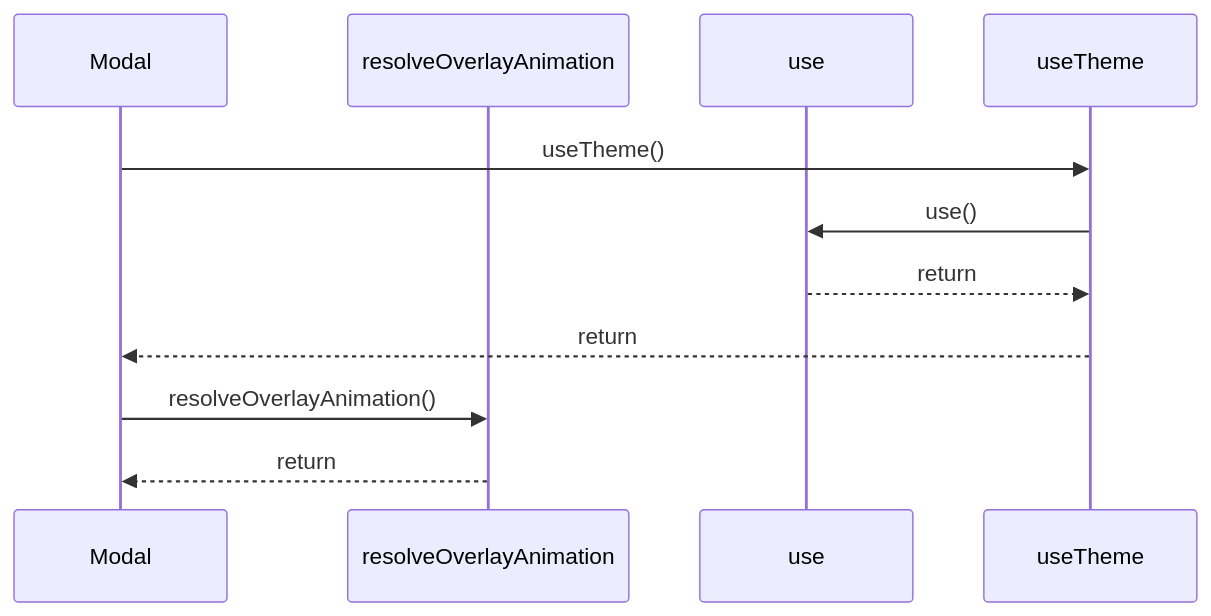
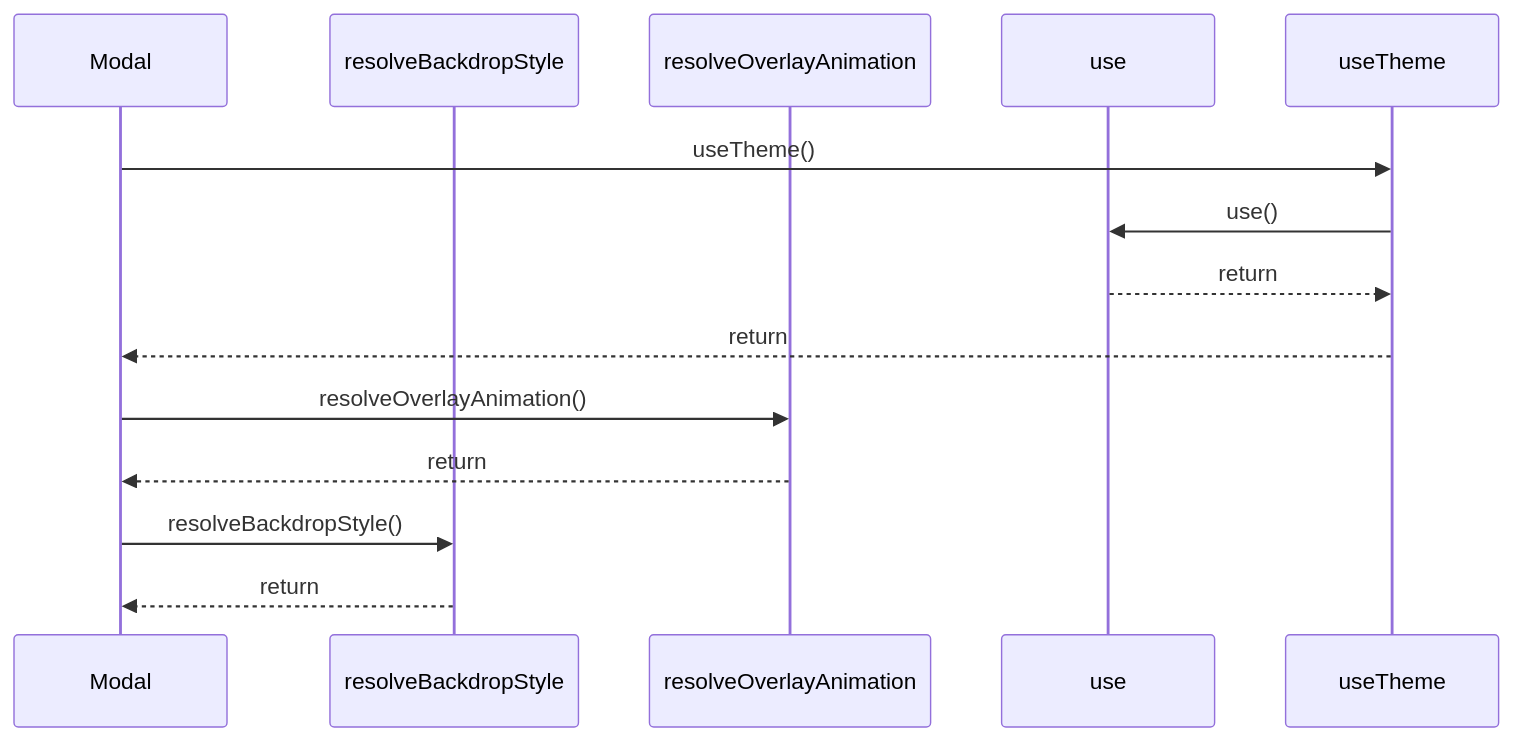
Before and after one commit to ankhorage/surface: the diagram in paradox/diagrams/sequences/modal.mmd, drawn with Mermaid. The commit also changed 48 other files, not shown here.

```diff
--- a/paradox/diagrams/sequences/modal.mmd
+++ b/paradox/diagrams/sequences/modal.mmd
@@ -1,11 +1,14 @@
 sequenceDiagram
   participant participant_Modal as Modal
+  participant participant_resolveBackdropStyle as resolveBackdropStyle
   participant participant_resolveOverlayAnimation as resolveOverlayAnimation
   participant participant_use as use
   participant participant_useTheme as useTheme
   participant_Modal->>participant_useTheme: useTheme()
   participant_useTheme->>participant_use: use()
   participant_use-->>participant_useTheme: return
   participant_useTheme-->>participant_Modal: return
   participant_Modal->>participant_resolveOverlayAnimation: resolveOverlayAnimation()
   participant_resolveOverlayAnimation-->>participant_Modal: return
+  participant_Modal->>participant_resolveBackdropStyle: resolveBackdropStyle()
+  participant_resolveBackdropStyle-->>participant_Modal: return
```
